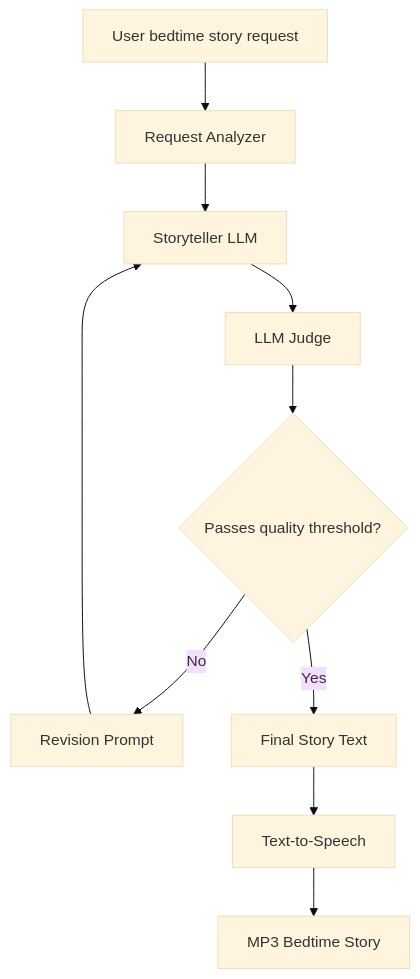
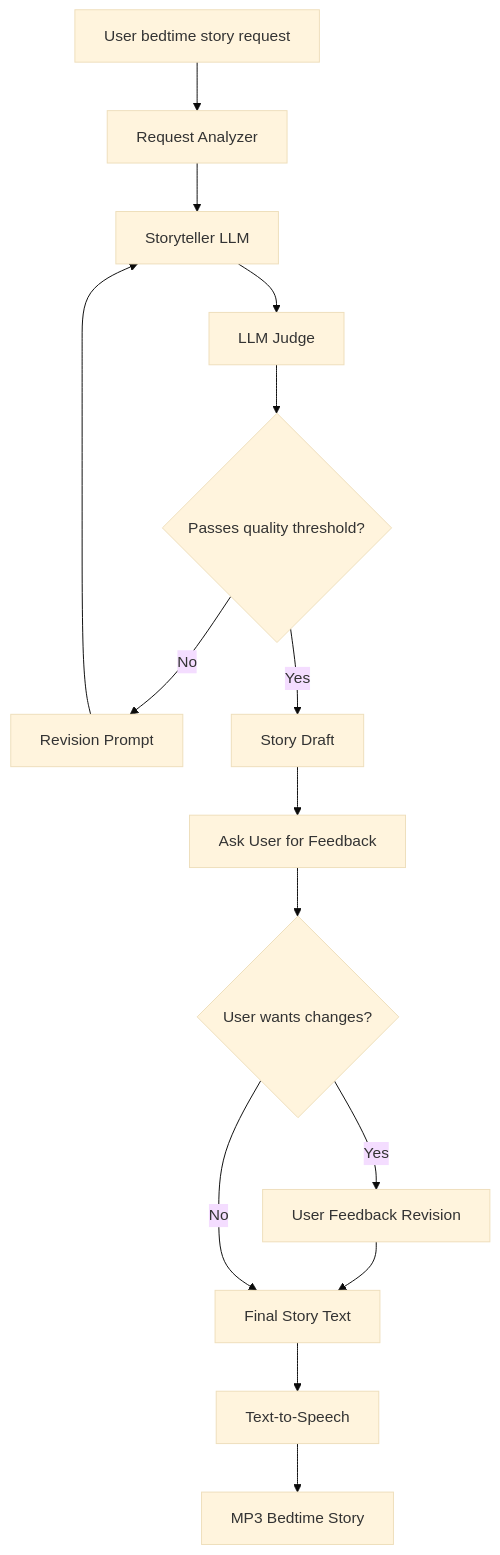
The diagram in DESIGN.md (nova0930/hippo_dazhang), drawn with Mermaid (base theme) before and after one commit. The commit also changed 2 other files, not shown here.

Commit message:
final project

````diff
--- a/DESIGN.md
+++ b/DESIGN.md
@@ -3,12 +3,17 @@
 ```mermaid
 flowchart TD
     A[User bedtime story request] --> B[Request Analyzer]
     B --> C[Storyteller LLM]
     C --> D[LLM Judge]
     D --> E{Passes quality threshold?}
     E -- No --> F[Revision Prompt]
     F --> C
-    E -- Yes --> G[Final Story Text]
-    G --> H[Text-to-Speech]
-    H --> I[MP3 Bedtime Story]
+    E -- Yes --> G[Story Draft]
+    G --> H[Ask User for Feedback]
+    H --> I{User wants changes?}
+    I -- Yes --> J[User Feedback Revision]
+    J --> K[Final Story Text]
+    I -- No --> K[Final Story Text]
+    K --> L[Text-to-Speech]
+    L --> M[MP3 Bedtime Story]
 ```
````
